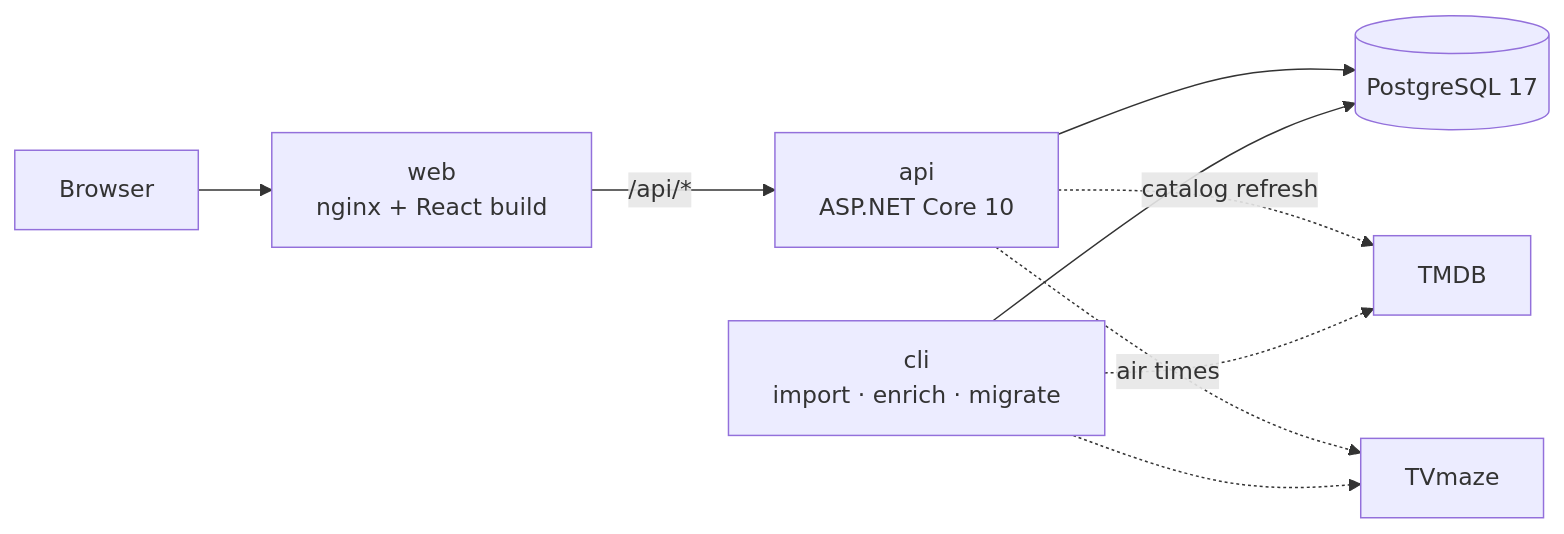
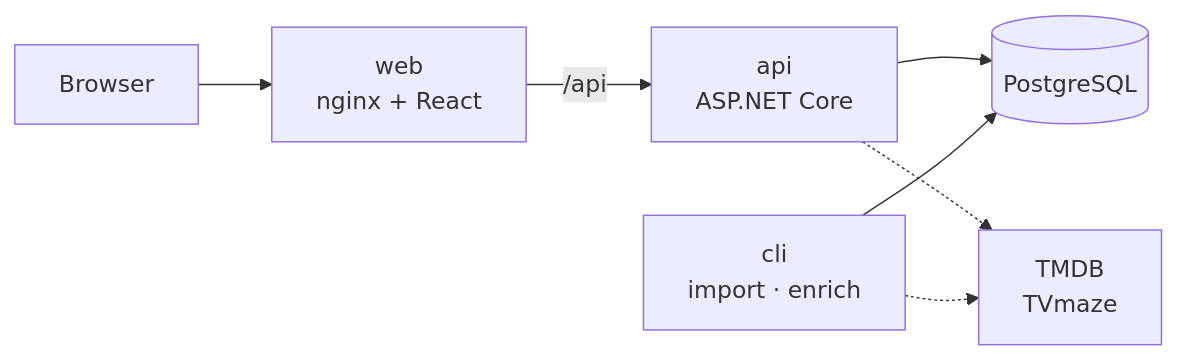
Before and after one commit to GabrielfSilveiraDev/reprise: the diagram in README.md, drawn with Mermaid. The commit also changed 1 other file, not shown here.

Commit message:
Compacta o diagrama de arquitetura dos READMEs
O diagrama anterior passava da largura do README no GitHub e cortava o TMDB e o TVmaze.

````diff
--- a/README.md
+++ b/README.md
@@ -106,11 +106,9 @@
 ```mermaid
 flowchart LR
-    browser["Browser"] --> web["web<br/>nginx + React build"]
-    web -- "/api/*" --> api["api<br/>ASP.NET Core 10"]
-    api --> db[("PostgreSQL 17")]
-    cli["cli<br/>import · enrich · migrate"] --> db
-    api -. "catalog refresh" .-> tmdb["TMDB"]
-    api -. "air times" .-> tvmaze["TVmaze"]
-    cli -.-> tmdb
-    cli -.-> tvmaze
+    browser["Browser"] --> web["web<br/>nginx + React"]
+    web -- "/api" --> api["api<br/>ASP.NET Core"]
+    api --> db[("PostgreSQL")]
+    cli["cli<br/>import · enrich"] --> db
+    api -.-> ext["TMDB<br/>TVmaze"]
+    cli -.-> ext
 ```
````
